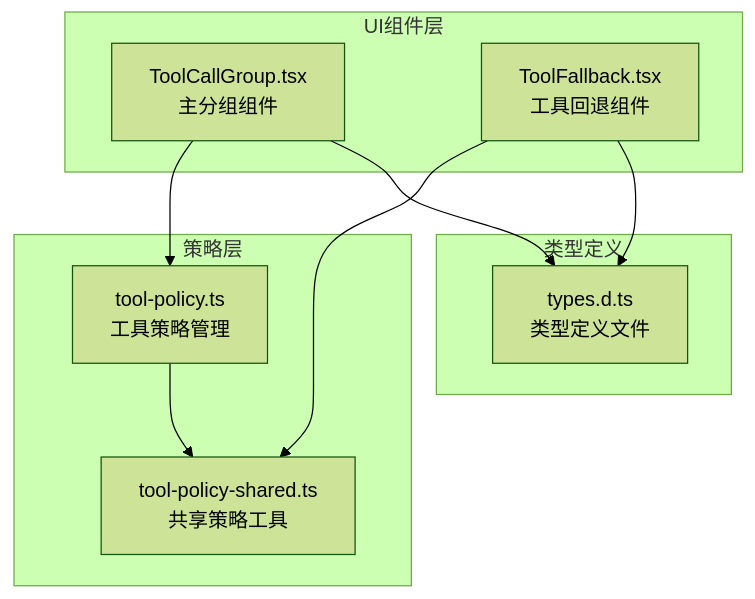
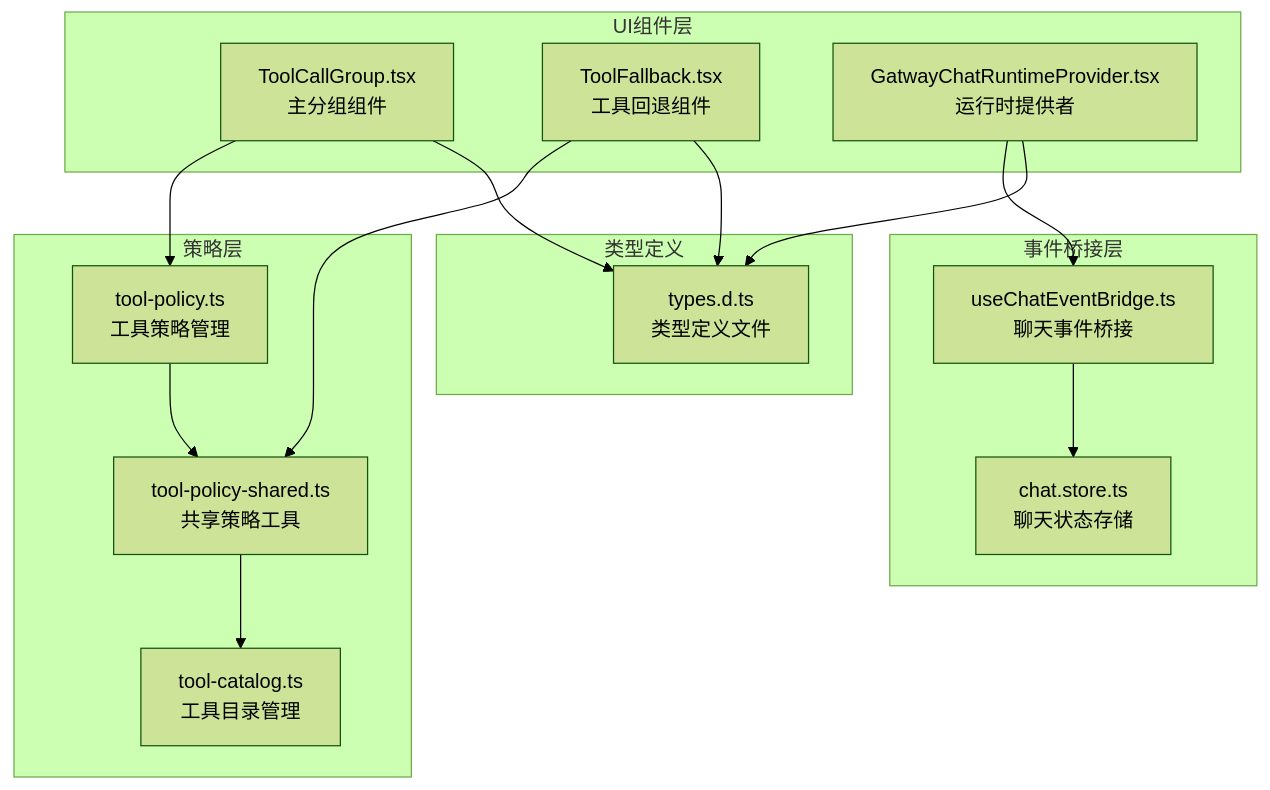
One commit to verse-ai-org/openclaw changed the first of 9 diagrams in .qoder/repowiki/zh/content/Web界面/UI组件系统/工具调用分组组件.md. Above: the diagram before and after it, drawn with Mermaid (forest theme). The commit also changed other lines of this file and 23 other files, not shown here.

````diff
--- a/.qoder/repowiki/zh/content/Web界面/UI组件系统/工具调用分组组件.md
+++ b/.qoder/repowiki/zh/content/Web界面/UI组件系统/工具调用分组组件.md
@@ -36,19 +48,29 @@
 ```mermaid
 graph TB
 subgraph "UI组件层"
 A[ToolCallGroup.tsx<br/>主分组组件]
 B[ToolFallback.tsx<br/>工具回退组件]
+C[GatwayChatRuntimeProvider.tsx<br/>运行时提供者]
 end
 subgraph "策略层"
-C[tool-policy.ts<br/>工具策略管理]
-D[tool-policy-shared.ts<br/>共享策略工具]
+D[tool-policy.ts<br/>工具策略管理]
+E[tool-policy-shared.ts<br/>共享策略工具]
+F[tool-catalog.ts<br/>工具目录管理]
+end
+subgraph "事件桥接层"
+G[useChatEventBridge.ts<br/>聊天事件桥接]
+H[chat.store.ts<br/>聊天状态存储]
 end
 subgraph "类型定义"
-E[types.d.ts<br/>类型定义文件]
+I[types.d.ts<br/>类型定义文件]
 end
-A --> C
-B --> D
-C --> D
-A --> E
+A --> D
 B --> E
+C --> G
+G --> H
+D --> E
+E --> F
+A --> I
+B --> I
+C --> I
 ```
````
